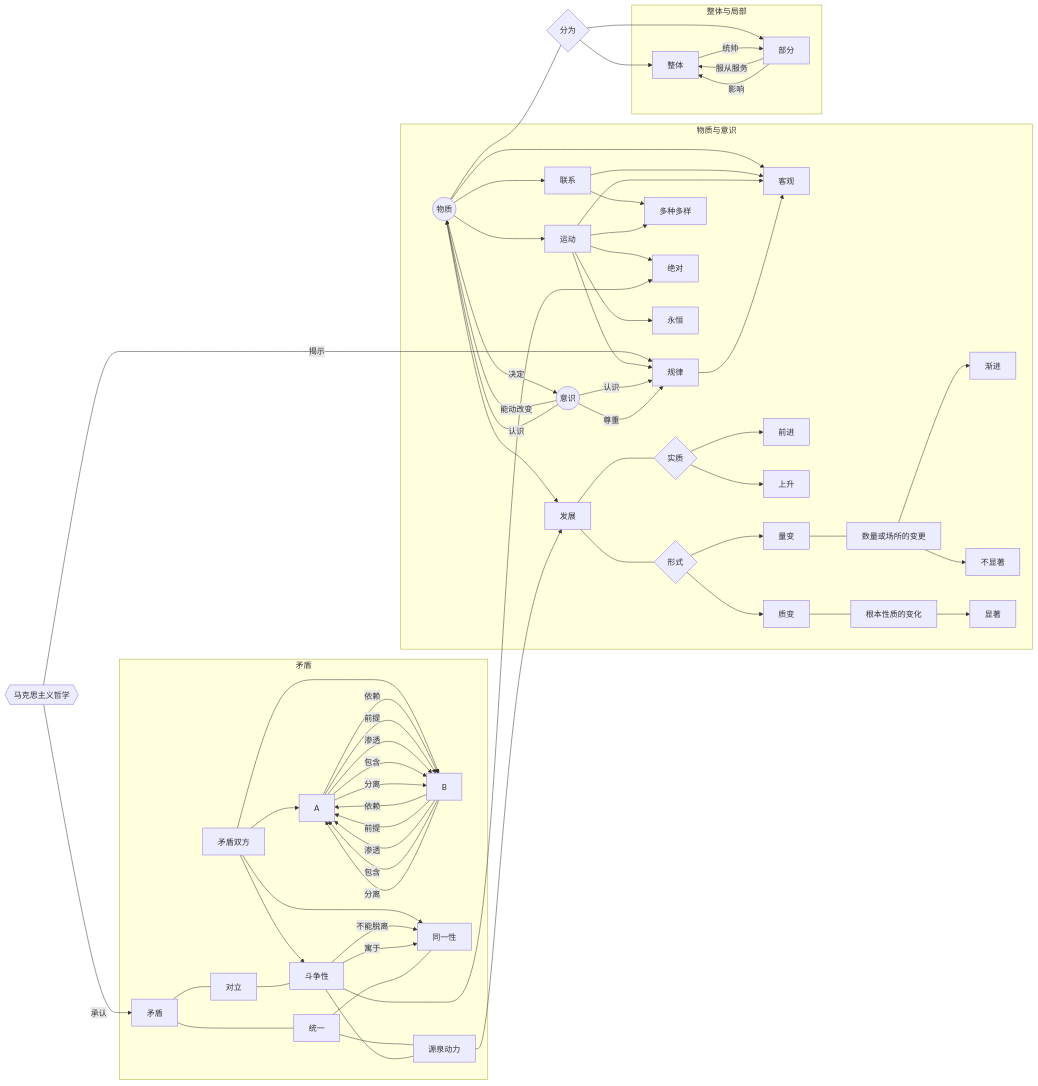
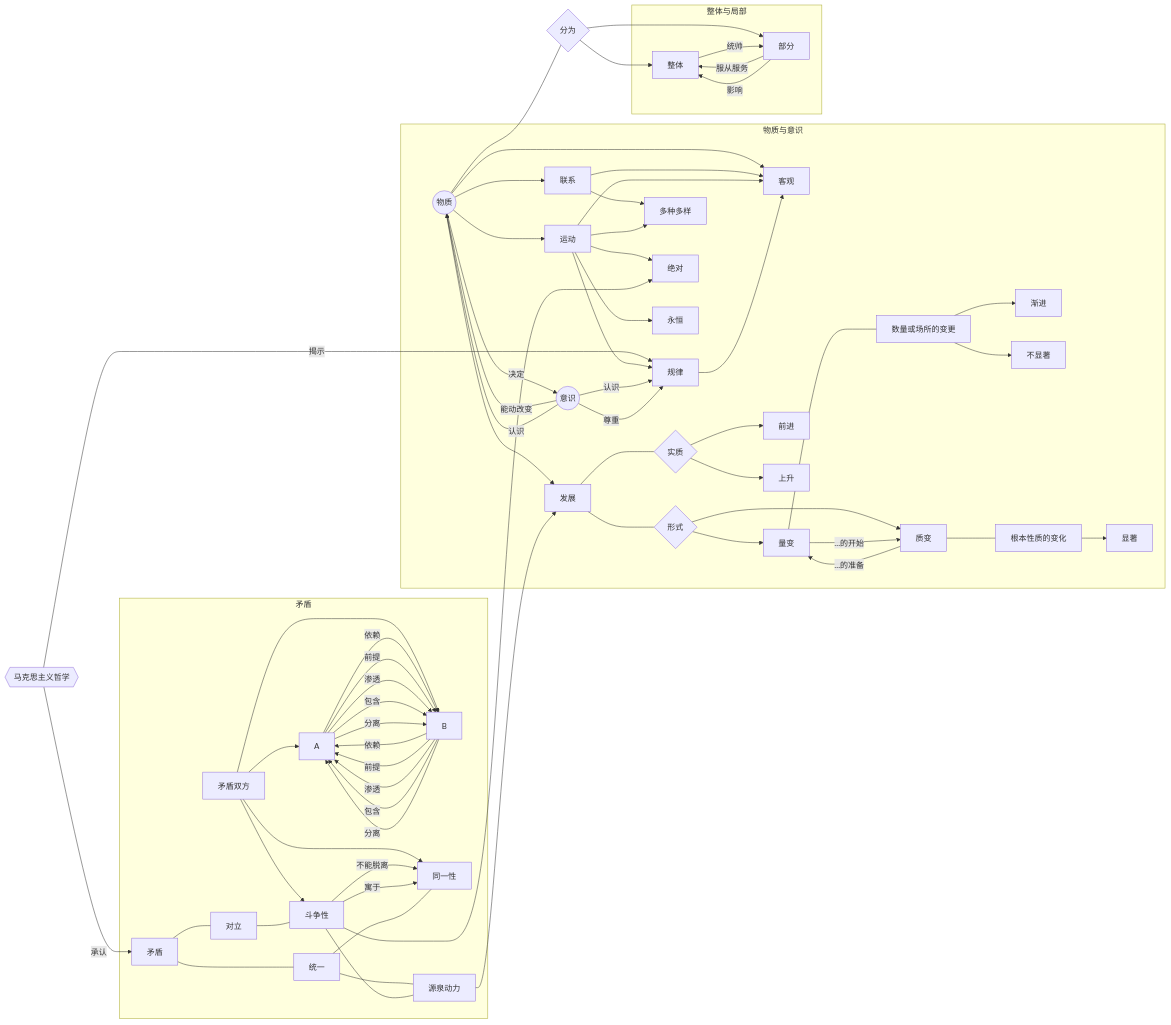
The diagram in docs/art/pol/4.1.md (gitter-badger/FASTlearn), drawn with Mermaid before and after one commit.

````diff
--- a/docs/art/pol/4.1.md
+++ b/docs/art/pol/4.1.md
@@ -215,42 +215,44 @@
 ```mermaid
 graph LR
 mks{{马克思主义哲学}} --> |揭示|law
 mks --> |承认|conflict
 subgraph 物质与意识
 thing((物质)) --> |决定| mind((意识))
 thing --> obj[客观] & run["运动"] & link["联系"] & develop[发展]
 develop --- deve1{实质} --> goto[前进] & up[上升]
 develop --- deve2{形式} --> ichange[量变] & lchange[质变]
 ichange --- 数量或场所的变更 --> 渐进 & 不显著
+ichange -->|"...的开始"| lchange
 lchange --- 根本性质的变化 --> 显著
+lchange -->|"...的准备"| ichange
 link --> many[多种多样] & obj
 run --> obj & many
 run --> law[规律] & is["绝对"] & ever["永恒"]
 law --> obj
 mind --> |能动改变|thing
 mind --> |认识|thing & law
 mind --> |尊重|law
 end 物质与意识
 thing --- d1{分为} --> whole & part
 subgraph 整体与局部
 whole[整体] --> |统帅| part[部分]
 part --> |服从服务| whole
 part --> |影响| whole
 end
 subgraph 矛盾
 2sides[矛盾双方] --> A & B
 A -->|依赖| B -->|依赖| A -->|前提| B -->|前提| A -->|渗透| B -->|渗透| A -->|包含| B -->|包含| A -->|分离| B -->|分离| A
 2sides --> agst & same
 conflict[矛盾]
 conflict --- opp["对立"]
 conflict --- uni[统一]
 opp --- agst[斗争性]
 agst --> is
 agst -->|不能脱离| same
 agst -->|寓于| same
 uni --- same[同一性]
 uni --- sap[源泉动力]
 agst --- sap
 sap --> develop
 end 矛盾
 ```
````
